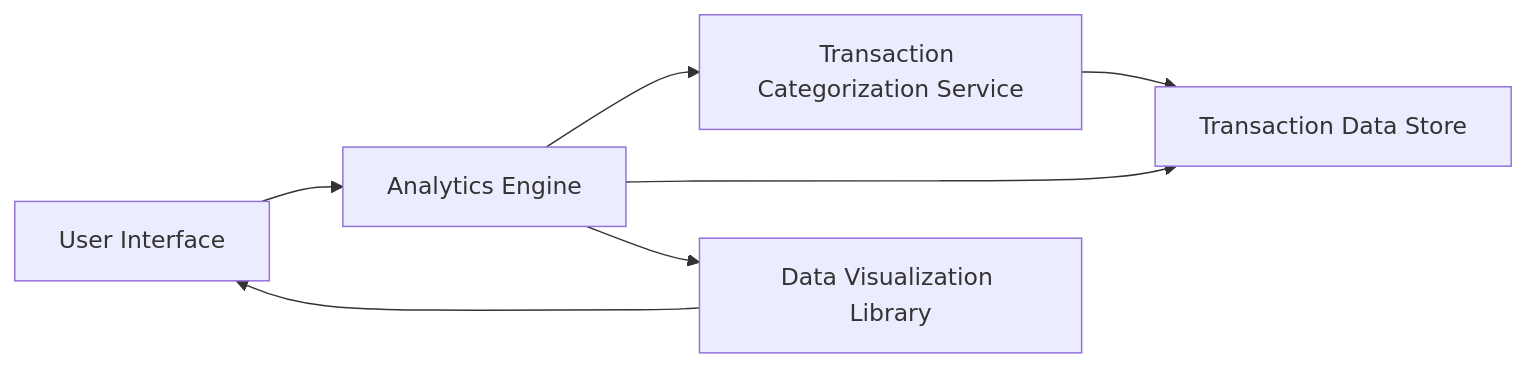
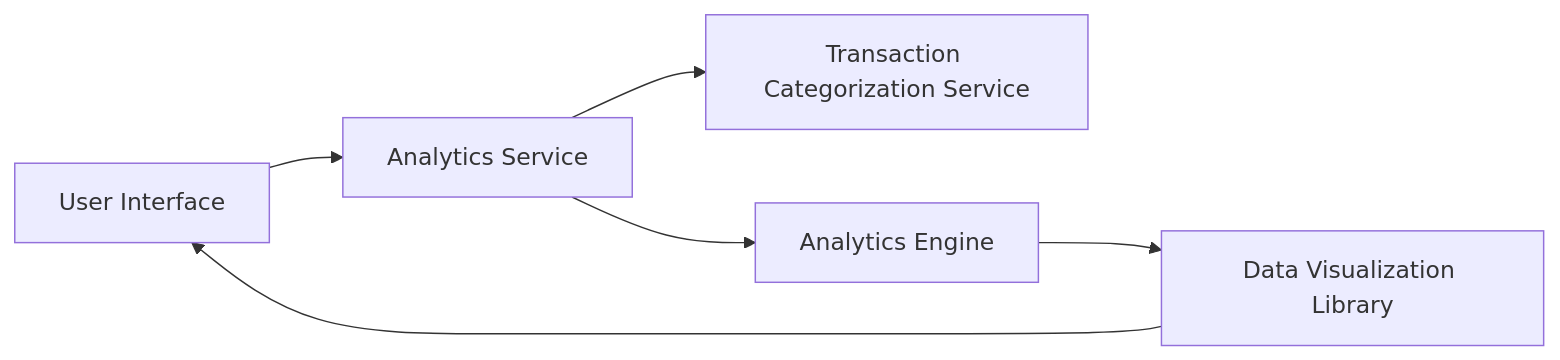
One commit to AAVA-Demo/APB_Demo changed the diagram in HLD/QE-8557_HLD.md. Above: the diagram before and after it, drawn with Mermaid. The commit also changed other lines of this file and 5 other files, not shown here.

````diff
--- a/HLD/QE-8557_HLD.md
+++ b/HLD/QE-8557_HLD.md
@@ -7,14 +7,13 @@
 ```mermaid
 flowchart LR
     A["User Interface"]
-    B["Analytics Engine"]
+    B["Analytics Service"]
     C["Transaction Categorization Service"]
-    D["Data Visualization Library"]
-    E["Transaction Data Store"]
+    D["Analytics Engine"]
+    E["Data Visualization Library"]
     A --> B
     B --> C
-    B --> E
-    C --> E
     B --> D
-    D --> A
+    D --> E
+    E --> A
 ```
````
